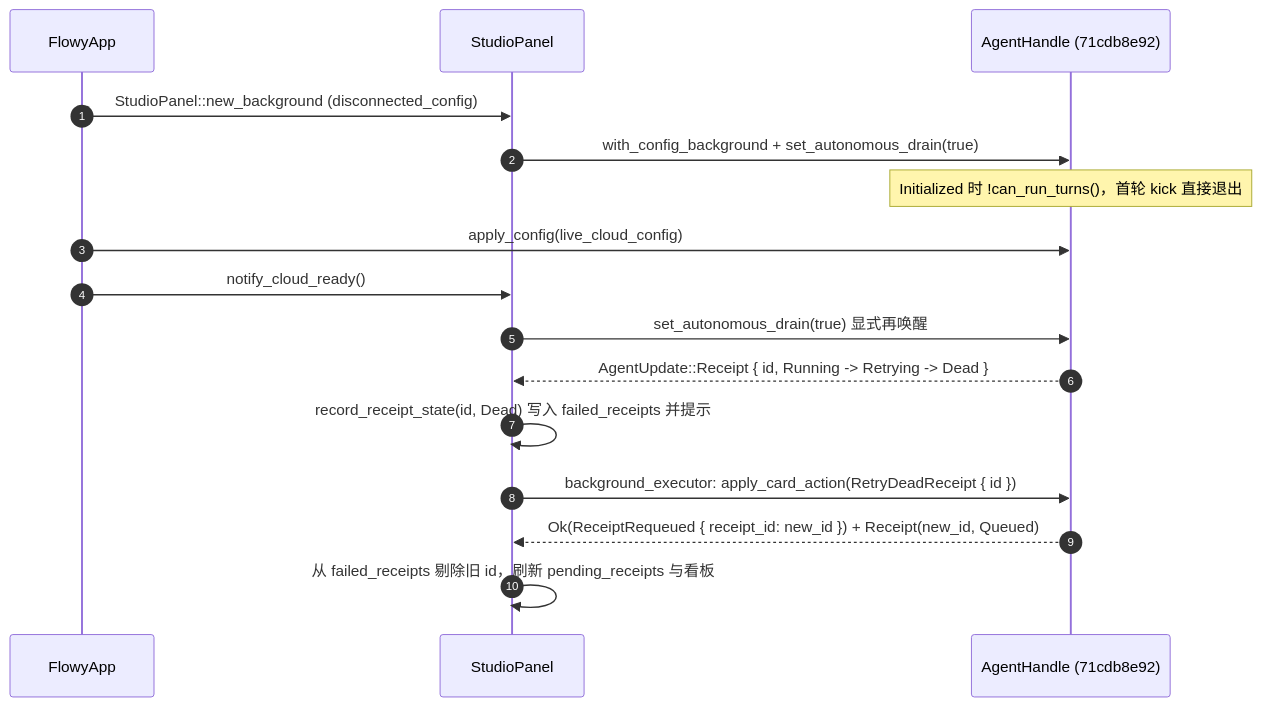
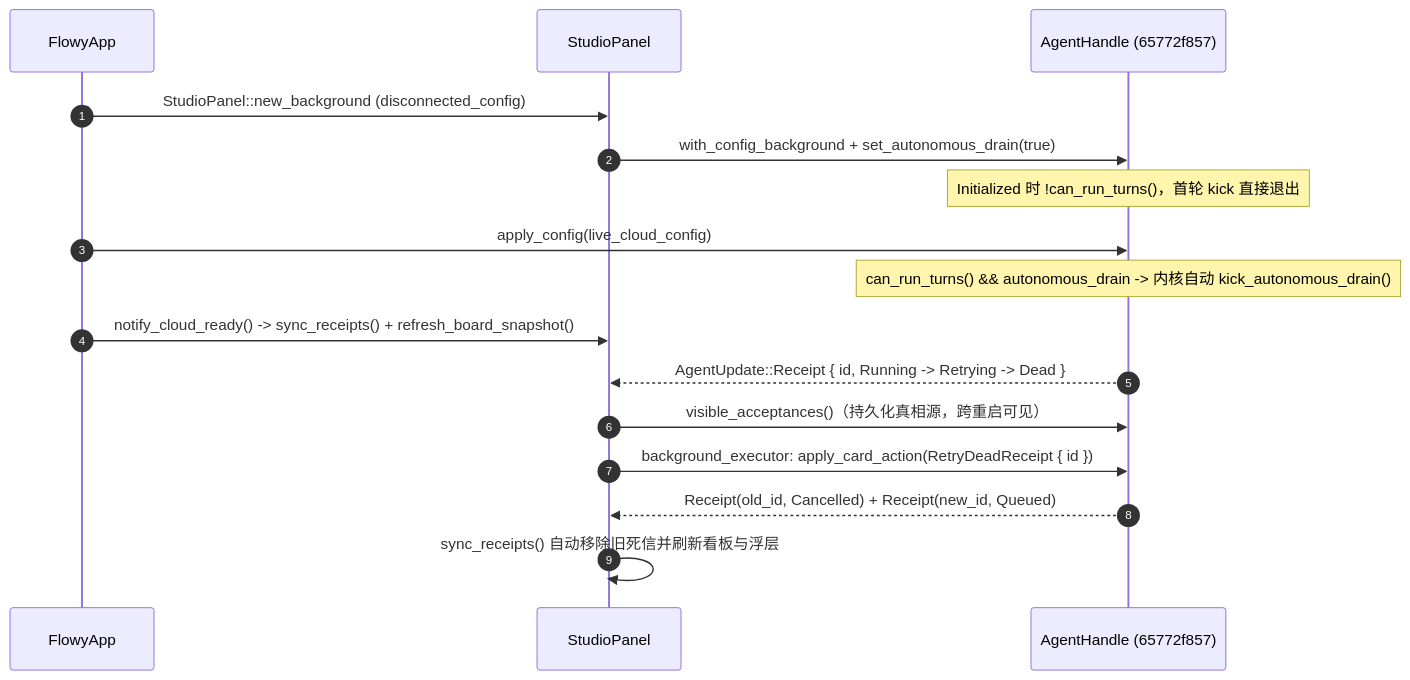
Before and after one commit to Michael-Lfx/allo: the second of 4 diagrams in flowy18_wip/docs/plans/local-first-ui-v2.zh.md, drawn with Mermaid. The commit also changed other lines of this file and 1 other file, not shown here.

Commit message:
docs(flowy18): sync Local-First UI v2 architecture doc and plans index with 6+4 closure

````diff
--- a/flowy18_wip/docs/plans/local-first-ui-v2.zh.md
+++ b/flowy18_wip/docs/plans/local-first-ui-v2.zh.md
@@ -114,19 +114,19 @@
 ```mermaid
 sequenceDiagram
   autonumber
   participant App as FlowyApp
   participant Panel as StudioPanel
-  participant Agent as AgentHandle (71cdb8e92)
+  participant Agent as AgentHandle (65772f857)
 
   App->>Panel: StudioPanel::new_background (disconnected_config)
   Panel->>Agent: with_config_background + set_autonomous_drain(true)
   Note over Agent: Initialized 时 !can_run_turns()，首轮 kick 直接退出
   App->>Agent: apply_config(live_cloud_config)
-  App->>Panel: notify_cloud_ready()
-  Panel->>Agent: set_autonomous_drain(true) 显式再唤醒
+  Note over Agent: can_run_turns() && autonomous_drain -> 内核自动 kick_autonomous_drain()
+  App->>Panel: notify_cloud_ready() -> sync_receipts() + refresh_board_snapshot()
   Agent-->>Panel: AgentUpdate::Receipt { id, Running -> Retrying -> Dead }
-  Panel->>Panel: record_receipt_state(id, Dead) 写入 failed_receipts 并提示
+  Panel->>Agent: visible_acceptances()（持久化真相源，跨重启可见）
   Panel->>Agent: background_executor: apply_card_action(RetryDeadReceipt { id })
-  Agent-->>Panel: Ok(ReceiptRequeued { receipt_id: new_id }) + Receipt(new_id, Queued)
-  Panel->>Panel: 从 failed_receipts 剔除旧 id，刷新 pending_receipts 与看板
+  Agent-->>Panel: Receipt(old_id, Cancelled) + Receipt(new_id, Queued)
+  Panel->>Panel: sync_receipts() 自动移除旧死信并刷新看板与浮层
 ```
````
